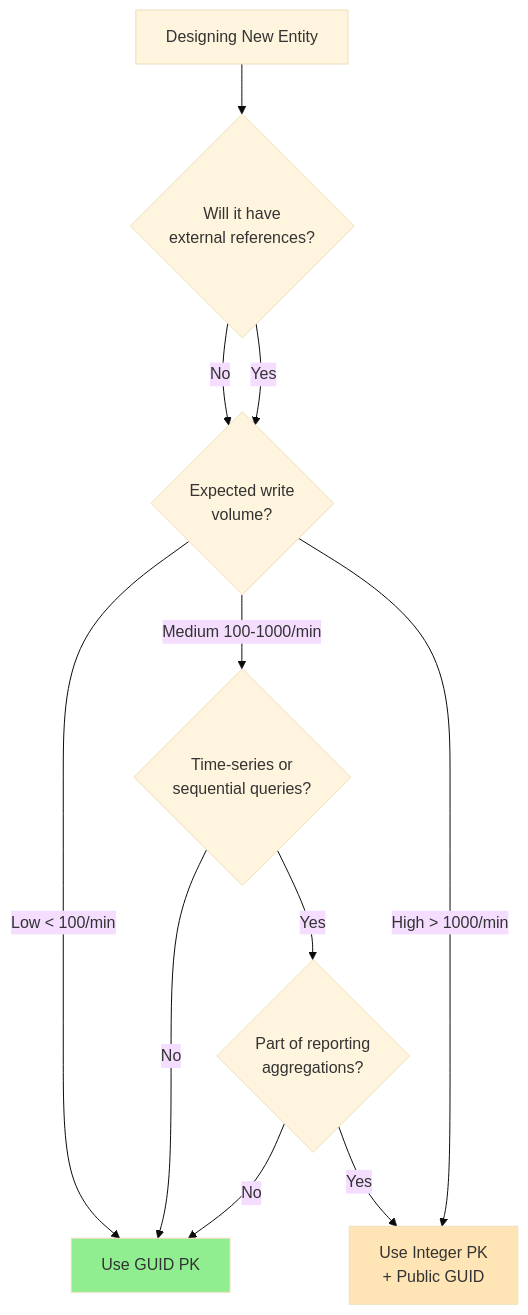
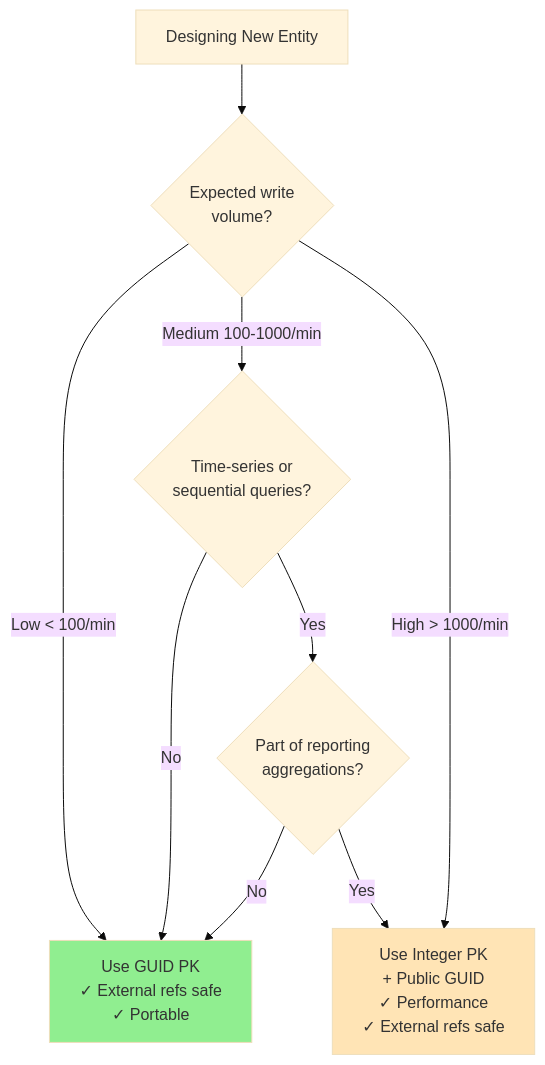
The diagram in docs/entity-design.md (tj-cappelletti/ops-portal), drawn with Mermaid (base theme) before and after one commit.

Commit message:
Refine decision flow for primary key selection in Entity Design Guide

````diff
--- a/docs/entity-design.md
+++ b/docs/entity-design.md
@@ -10,29 +10,26 @@
 ```mermaid
 flowchart TD
     Start[Designing New Entity]
     
-    Q1{Will it have<br/>external references?}
-    Q2{Expected write<br/>volume?}
-    Q3{Time-series or<br/>sequential queries?}
-    Q4{Part of reporting<br/>aggregations?}
+    Q1{Expected write<br/>volume?}
+    Q2{Time-series or<br/>sequential queries?}
+    Q3{Part of reporting<br/>aggregations?}
     
-    GUID[Use GUID PK]
-    HYBRID[Use Integer PK<br/>+ Public GUID]
+    GUID[Use GUID PK<br/>✓ External refs safe<br/>✓ Portable]
+    HYBRID[Use Integer PK<br/>+ Public GUID<br/>✓ Performance<br/>✓ External refs safe]
     
     Start --> Q1
-    Q1 -->|No| Q2
-    Q1 -->|Yes| Q2
     
-    Q2 -->|Low < 100/min| GUID
-    Q2 -->|Medium 100-1000/min| Q3
-    Q2 -->|High > 1000/min| HYBRID
+    Q1 -->|Low < 100/min| GUID
+    Q1 -->|Medium 100-1000/min| Q2
+    Q1 -->|High > 1000/min| HYBRID
+    
+    Q2 -->|No| GUID
+    Q2 -->|Yes| Q3
     
     Q3 -->|No| GUID
-    Q3 -->|Yes| Q4
-    
-    Q4 -->|No| GUID
-    Q4 -->|Yes| HYBRID
+    Q3 -->|Yes| HYBRID
     
     style GUID fill:#90EE90
     style HYBRID fill:#FFE4B5
 ```
````
